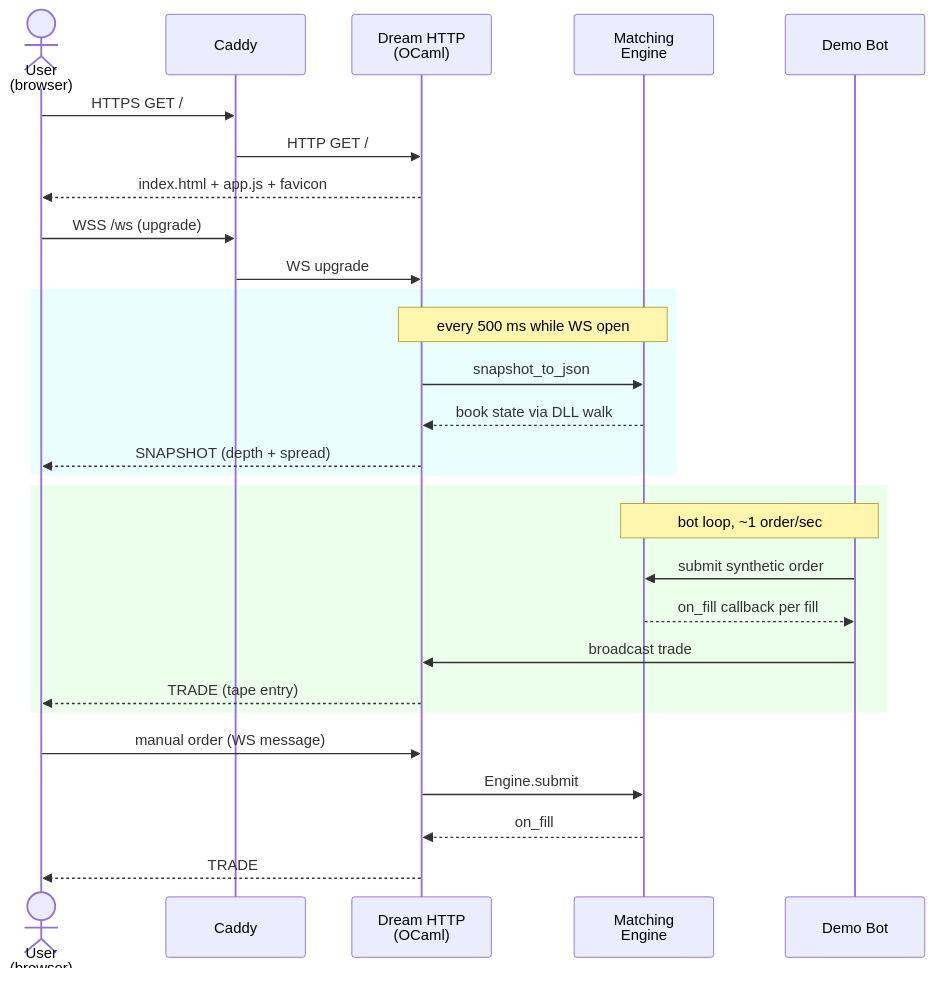
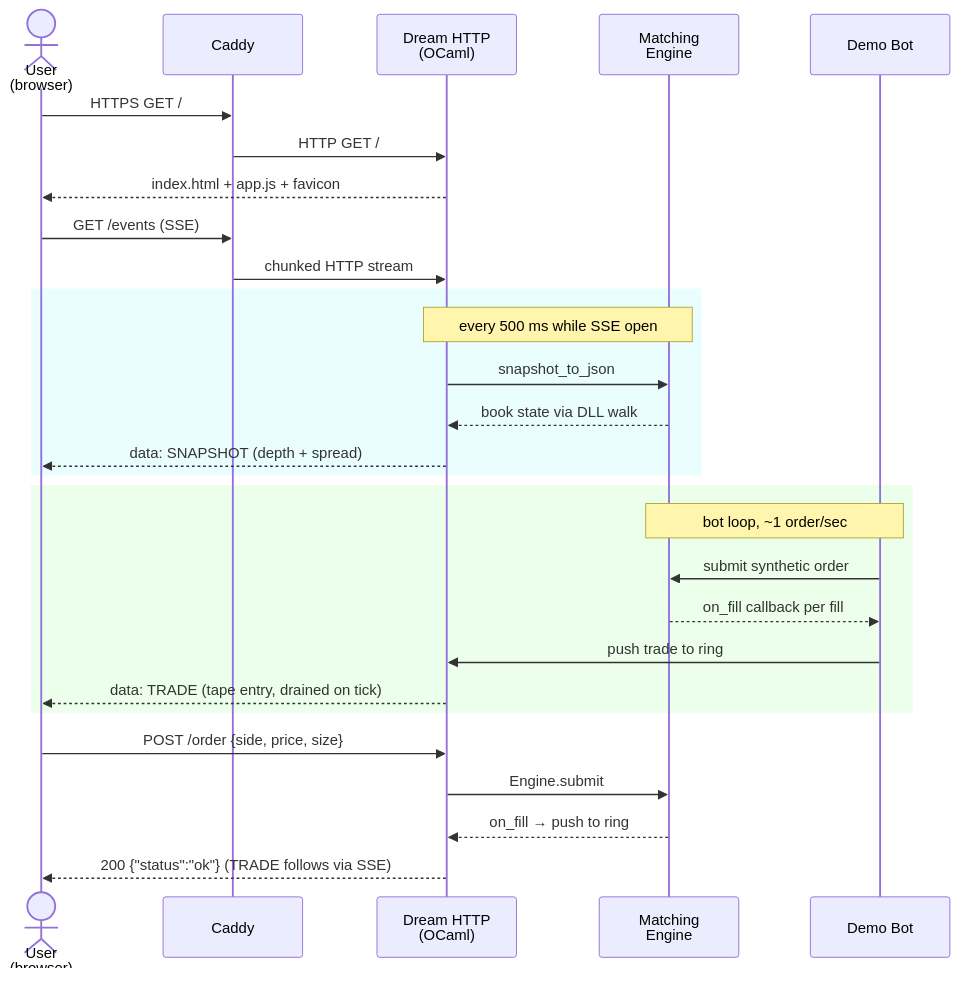
The first of 2 diagrams in README.md (Builder106/ocaml-limit), drawn with Mermaid before and after one commit. The commit also changed other lines of this file and 11 other files, not shown here.

````diff
--- a/README.md
+++ b/README.md
@@ -57,35 +57,35 @@
 ```mermaid
 sequenceDiagram
     actor User as User<br/>(browser)
     participant Caddy
     participant Server as Dream HTTP<br/>(OCaml)
     participant Engine as Matching<br/>Engine
     participant Bot as Demo Bot
 
     User->>Caddy: HTTPS GET /
     Caddy->>Server: HTTP GET /
     Server-->>User: index.html + app.js + favicon
 
-    User->>Caddy: WSS /ws (upgrade)
-    Caddy->>Server: WS upgrade
+    User->>Caddy: GET /events (SSE)
+    Caddy->>Server: chunked HTTP stream
 
     rect rgba(0, 240, 255, 0.08)
-    note over Server,Engine: every 500 ms while WS open
+    note over Server,Engine: every 500 ms while SSE open
     Server->>Engine: snapshot_to_json
     Engine-->>Server: book state via DLL walk
-    Server-->>User: SNAPSHOT (depth + spread)
+    Server-->>User: data: SNAPSHOT (depth + spread)
     end
 
     rect rgba(0, 255, 0, 0.08)
     note over Bot,Engine: bot loop, ~1 order/sec
     Bot->>Engine: submit synthetic order
     Engine-->>Bot: on_fill callback per fill
-    Bot->>Server: broadcast trade
-    Server-->>User: TRADE (tape entry)
+    Bot->>Server: push trade to ring
+    Server-->>User: data: TRADE (tape entry, drained on tick)
     end
 
-    User->>Server: manual order (WS message)
+    User->>Server: POST /order {side, price, size}
     Server->>Engine: Engine.submit
-    Engine-->>Server: on_fill
-    Server-->>User: TRADE
+    Engine-->>Server: on_fill → push to ring
+    Server-->>User: 200 {"status":"ok"} (TRADE follows via SSE)
 ```
````
